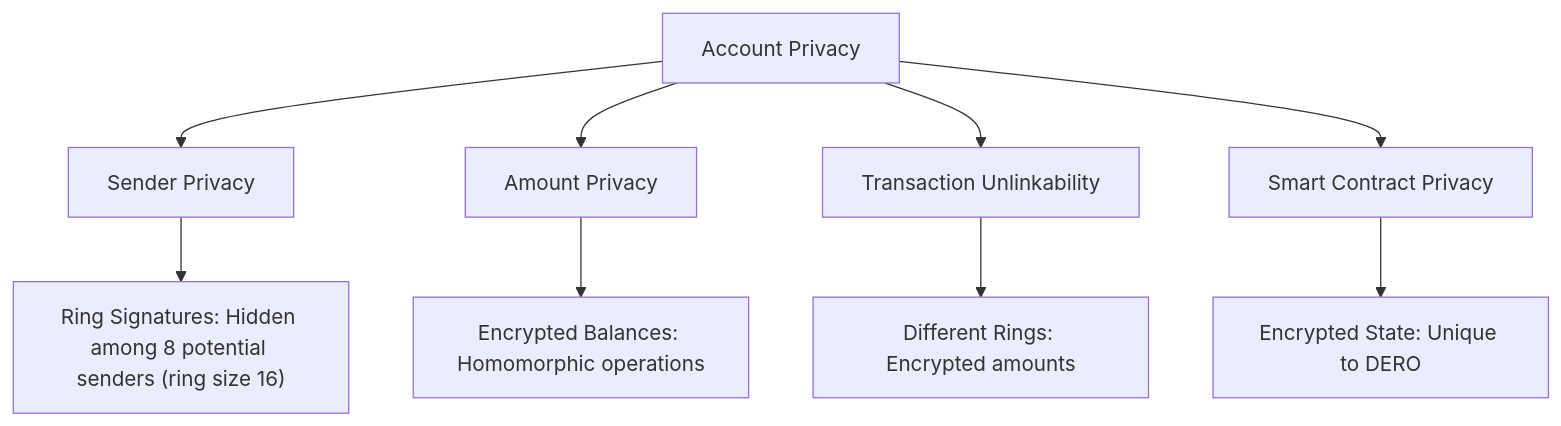
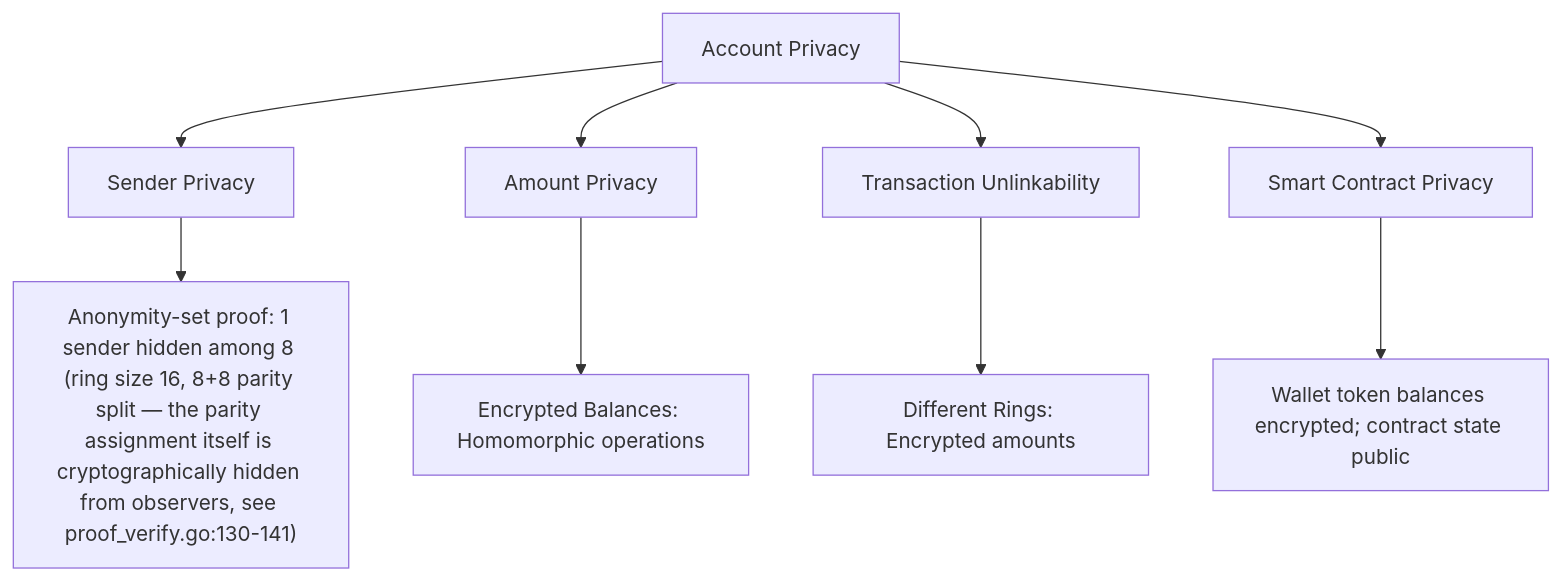
Before and after one commit to DHEBP/dero-docs: the third of 3 diagrams in derod-main/pages/privacy/account-based-privacy.mdx, drawn with Mermaid. The commit also changed other lines of this file and 18 other files, not shown here.

````diff
--- a/derod-main/pages/privacy/account-based-privacy.mdx
+++ b/derod-main/pages/privacy/account-based-privacy.mdx
@@ -277,12 +281,12 @@
 ```mermaid
 graph TB
     P["Account Privacy"] --> S["Sender Privacy"]
     P --> A["Amount Privacy"]
     P --> U["Transaction Unlinkability"]
     P --> SC["Smart Contract Privacy"]
     
-    S --> S1["Ring Signatures: Hidden among 8 potential senders (ring size 16)"]
+    S --> S1["Anonymity-set proof: 1 sender hidden among 8 (ring size 16, 8+8 parity split — the parity assignment itself is cryptographically hidden from observers, see proof_verify.go:130-141)"]
     A --> A1["Encrypted Balances: Homomorphic operations"]
     U --> U1["Different Rings: Encrypted amounts"]
-    SC --> SC1["Encrypted State: Unique to DERO"]
+    SC --> SC1["Wallet token balances encrypted; contract state public"]
 ```
````
